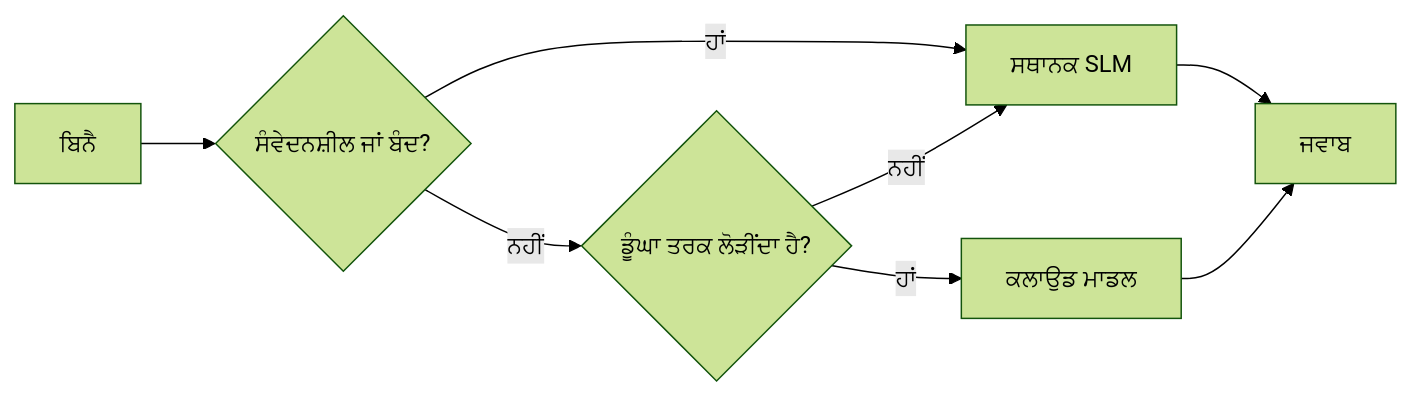
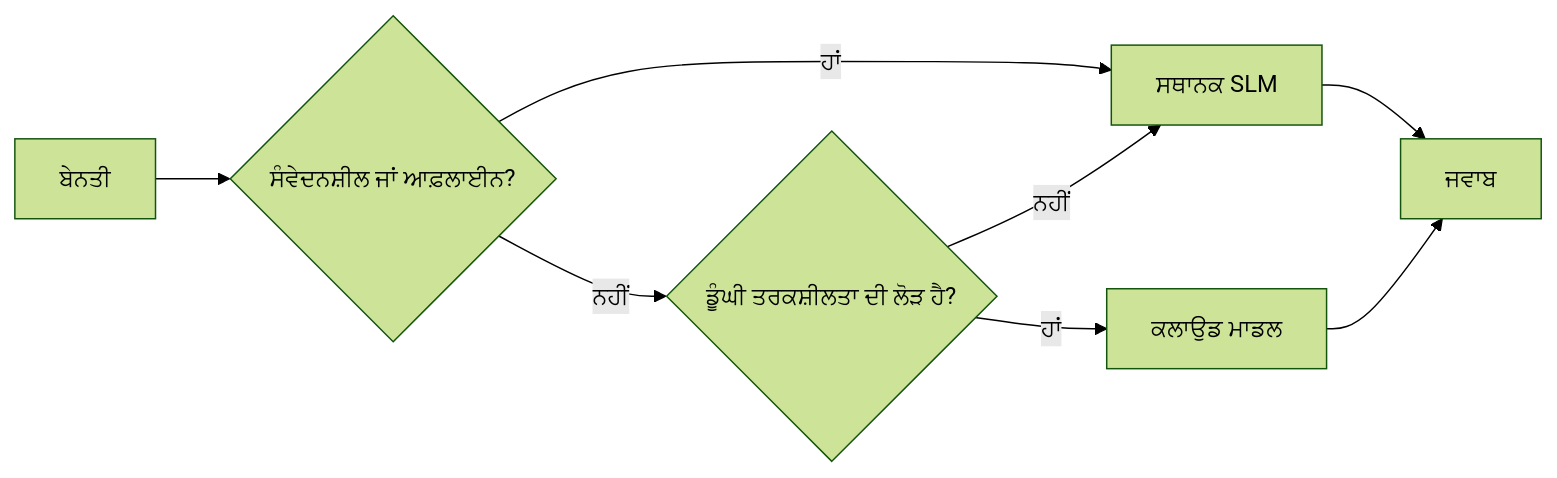
Before and after one commit to microsoft/ai-agents-for-beginners: the fourth of 4 diagrams in translations/pa/17-creating-local-ai-agents/README.md, drawn with Mermaid (forest theme). The commit also changed other lines of this file and 46 other files, not shown here.

````diff
--- a/translations/pa/17-creating-local-ai-agents/README.md
+++ b/translations/pa/17-creating-local-ai-agents/README.md
@@ -156,10 +156,10 @@
 ```mermaid
 flowchart LR
-    Q[ਬਿਨੈ] --> S{ਸੰਵੇਦਨਸ਼ੀਲ ਜਾਂ ਬੰਦ?}
+    Q[ਬੇਨਤੀ] --> S{ਸੰਵੇਦਨਸ਼ੀਲ ਜਾਂ ਆਫ਼ਲਾਈਨ?}
     S -->|ਹਾਂ| L[ਸਥਾਨਕ SLM]
-    S -->|ਨਹੀਂ| C{ਡੂੰਘਾ ਤਰਕ ਲੋੜੀਂਦਾ ਹੈ?}
+    S -->|ਨਹੀਂ| C{ਡੂੰਘੀ ਤਰਕਸ਼ੀਲਤਾ ਦੀ ਲੋੜ ਹੈ?}
     C -->|ਨਹੀਂ| L
     C -->|ਹਾਂ| Cloud[ਕਲਾਉਡ ਮਾਡਲ]
     L --> Out[ਜਵਾਬ]
     Cloud --> Out
 ```
````
